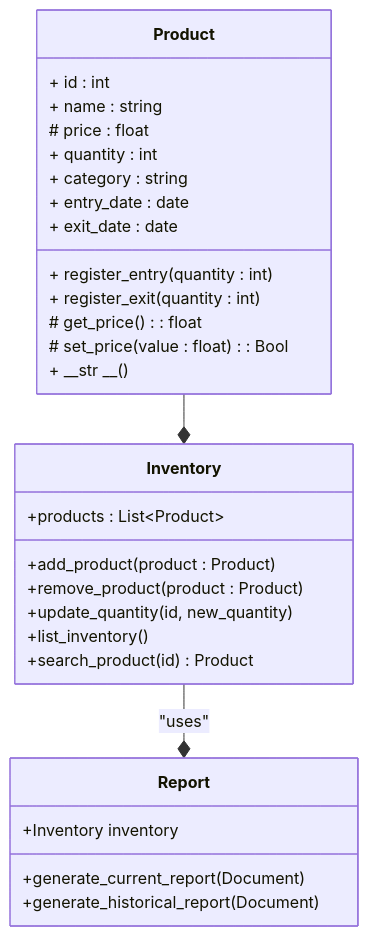
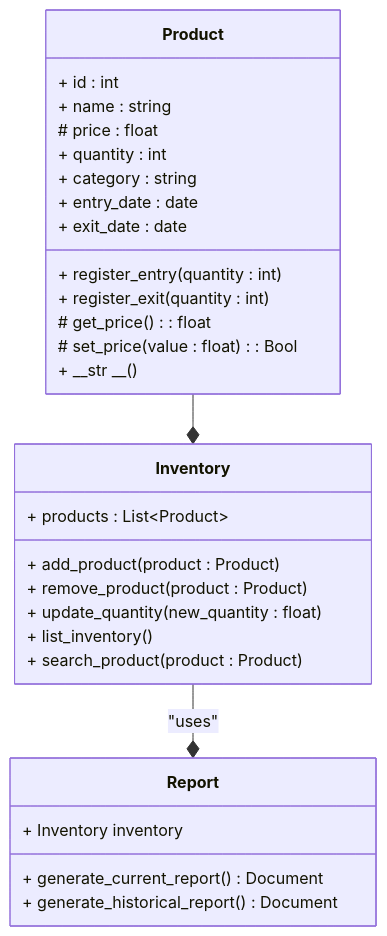
One commit to nisaespa/project_progress changed the diagram in README.md. Above: the diagram before and after it, drawn with Mermaid. The commit also changed other lines of this file, not shown here.

````diff
--- a/README.md
+++ b/README.md
@@ -6,35 +6,35 @@
 ``` mermaid
 classDiagram
     class Product {
         + id : int
         + name : string
         # price : float
         + quantity : int
         + category : string
         + entry_date : date
         + exit_date : date
         + register_entry(quantity : int)
         + register_exit(quantity : int)
         # get_price() : float
         # set_price(value : float) : Bool
         + __str __()
     }
 
     class Inventory {
-        +products : List~Product~ 
-        +add_product(product : Product)
-        +remove_product(product : Product)
-        +update_quantity(id, new_quantity)
-        +list_inventory()
-        +search_product(id) Product
+        + products : List~Product~ 
+        + add_product(product : Product)
+        + remove_product(product : Product)
+        + update_quantity(new_quantity : float)
+        + list_inventory()
+        + search_product(product : Product)
     }
 
     class Report {
-        +Inventory inventory
-        +generate_current_report(Document)
-        +generate_historical_report(Document)
+        + Inventory inventory
+        + generate_current_report() Document
+        + generate_historical_report() Document
     }
 
     Product --* Inventory
     Inventory --* Report : "uses"
 ```
````
